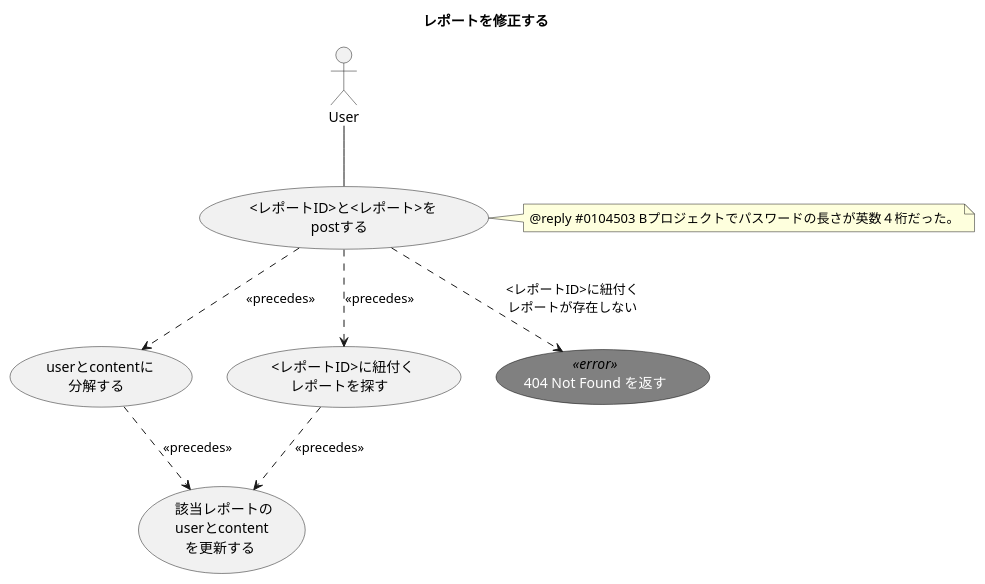
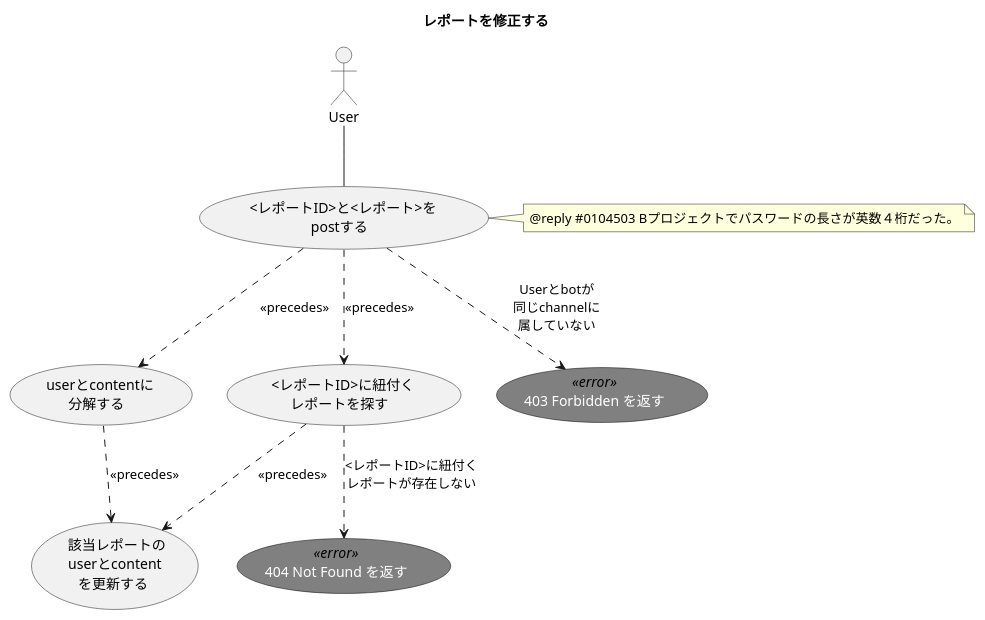
The diagram in 1.design/2.usecases/post-report-modify.md (ito-masam/kpt-guard.doc), drawn with PlantUML before and after one commit. The commit also changed 6 other files, not shown here.

```diff
--- a/1.design/2.usecases/post-report-modify.md
+++ b/1.design/2.usecases/post-report-modify.md
@@ -1,30 +1,33 @@
 @startuml
 
     ' ----------- meta
     title レポートを修正する
 
     skinparam usecase {
       FontColor<<error>> white
       FontName<<error>> Verdana
       BackgroundColor<<error>> gray
       BorderColor<<error>> black
     }
 
     actor User
 
     ' ----------- main
     User -- ( <レポートID>と<レポート>を\npostする )
     ( <レポートID>と<レポート>を\npostする ) ..> ( userとcontentに\n分解する ) : << precedes >>
     ( <レポートID>と<レポート>を\npostする ) ..> ( <レポートID>に紐付く\nレポートを探す ) : << precedes >>
     ( <レポートID>に紐付く\nレポートを探す ) ..> ( 該当レポートの\nuserとcontent\nを更新する ) : << precedes >>
     ( userとcontentに\n分解する ) ..> ( 該当レポートの\nuserとcontent\nを更新する ) : << precedes >>
 
     note right of ( <レポートID>と<レポート>を\npostする )
       @reply #0104503 Bプロジェクトでパスワードの長さが英数４桁だった。
     end note
 
     ' ----------- alternative
+    ( 403 Forbidden を返す ) <<error>>
+    ( <レポートID>と<レポート>を\npostする ) ..> ( 403 Forbidden を返す ) : Userとbotが\n同じchannelに\n属していない
+
     ( 404 Not Found を返す ) <<error>>
-    ( <レポートID>と<レポート>を\npostする ) ..> ( 404 Not Found を返す ) : <レポートID>に紐付く\nレポートが存在しない
+    ( <レポートID>に紐付く\nレポートを探す ) ..> ( 404 Not Found を返す ) : <レポートID>に紐付く\nレポートが存在しない
 
 @enduml
```
